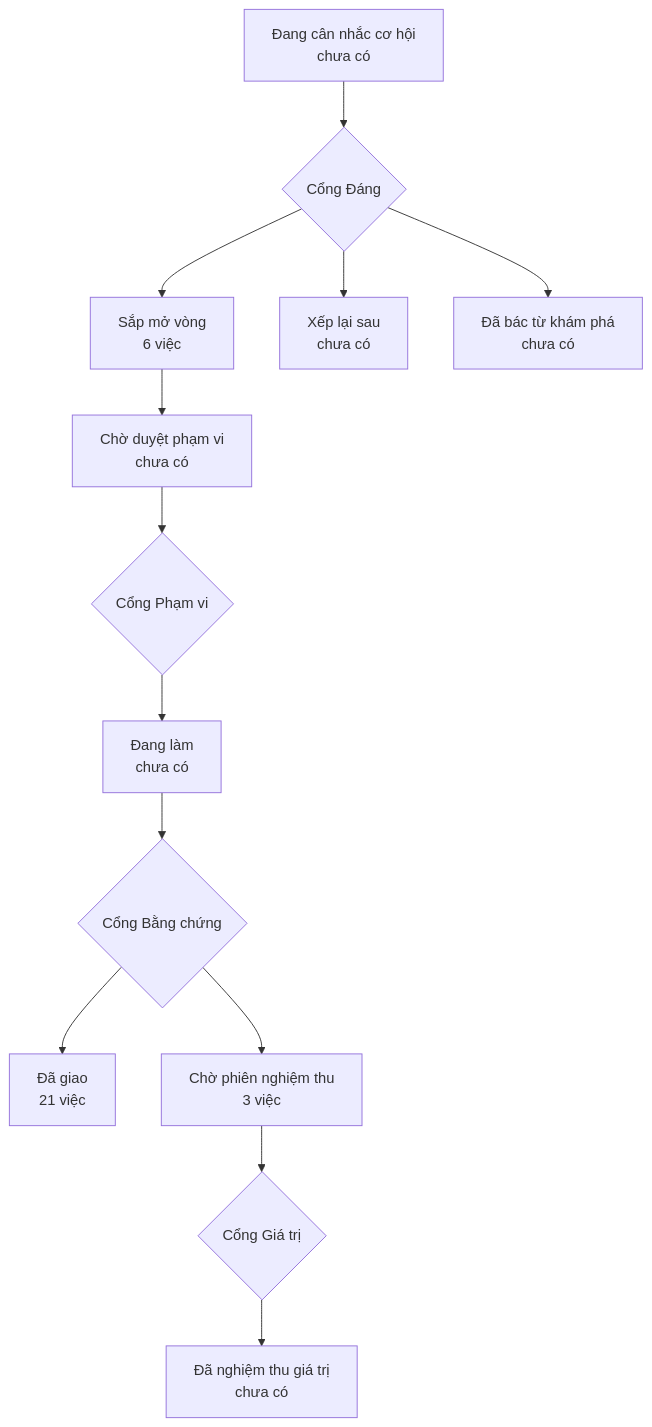
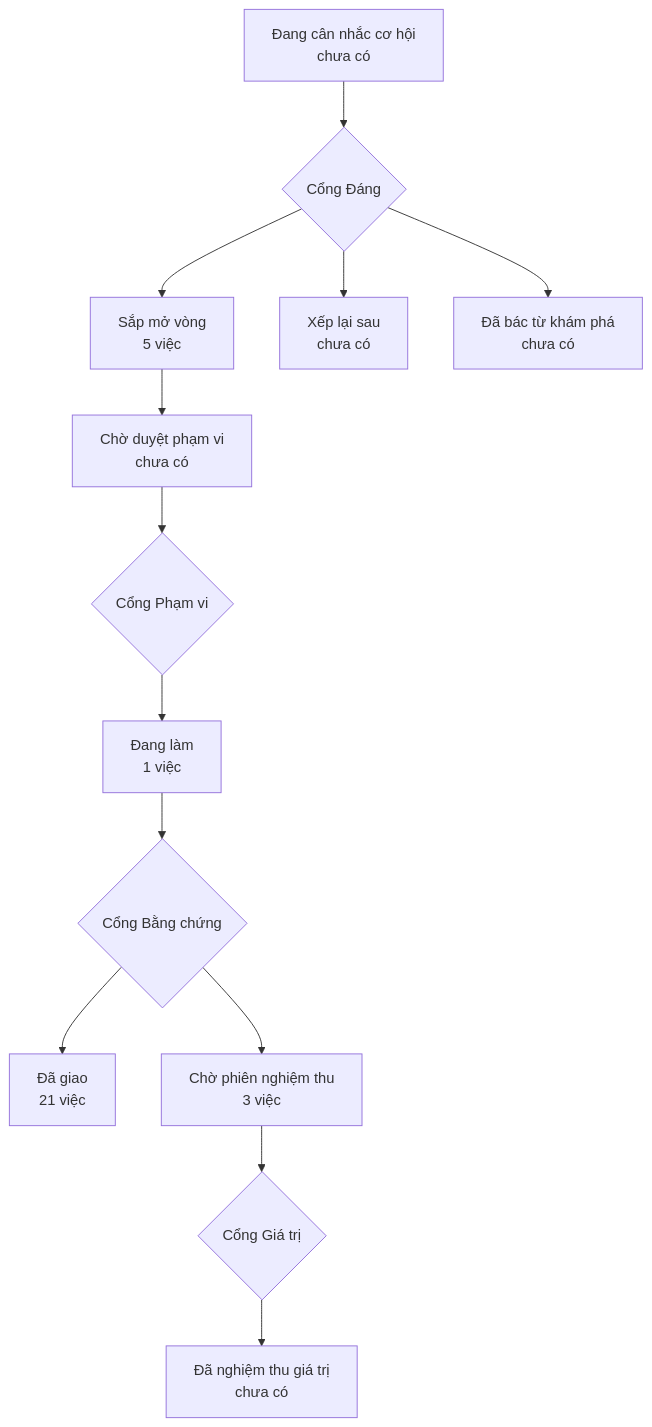
The diagram in PRODUCT-MAP.md (phanlemanh/onehub-invest), drawn with Mermaid before and after one commit. The commit also changed other lines of this file and 4 other files, not shown here.

````diff
--- a/PRODUCT-MAP.md
+++ b/PRODUCT-MAP.md
@@ -7,12 +7,12 @@
 ```mermaid
 flowchart TD
   A["Đang cân nhắc cơ hội<br/>chưa có"] --> GD{"Cổng Đáng"}
-  GD --> B["Sắp mở vòng<br/>6 việc"]
+  GD --> B["Sắp mở vòng<br/>5 việc"]
   GD --> XL["Xếp lại sau<br/>chưa có"]
   GD --> DB["Đã bác từ khám phá<br/>chưa có"]
   B --> CD["Chờ duyệt phạm vi<br/>chưa có"] --> GP{"Cổng Phạm vi"}
-  GP --> DL["Đang làm<br/>chưa có"] --> GB{"Cổng Bằng chứng"}
+  GP --> DL["Đang làm<br/>1 việc"] --> GB{"Cổng Bằng chứng"}
   GB --> DG["Đã giao<br/>21 việc"]
   GB --> CN["Chờ phiên nghiệm thu<br/>3 việc"] --> GG{"Cổng Giá trị"}
   GG --> NT["Đã nghiệm thu giá trị<br/>chưa có"]
 ```
````
